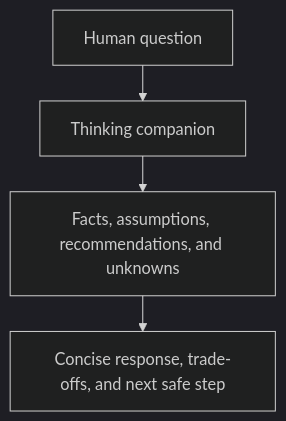
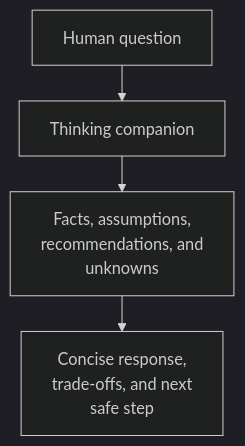
Before and after one commit to abstract-business-systems/as-is: the diagram in agents/thinking-companion/as-is.md, drawn with Mermaid (dark theme). The commit also changed 47 other files, not shown here.

Commit message:
docs(diagrams): improve Mermaid readability validation

````diff
--- a/agents/thinking-companion/as-is.md
+++ b/agents/thinking-companion/as-is.md
@@ -16,10 +16,10 @@
 ```mermaid
 ---
 config:
   layout: elk
 ---
 flowchart TB
     Question["Human question"] --> Companion["Thinking companion"]
-    Companion --> Context["Facts, assumptions, recommendations, and unknowns"]
-    Context --> Response["Concise response, trade-offs, and next safe step"]
+    Companion --> Context["Facts, assumptions,<br/>recommendations, and<br/>unknowns"]
+    Context --> Response["Concise response,<br/>trade-offs, and next<br/>safe step"]
 ```
````
